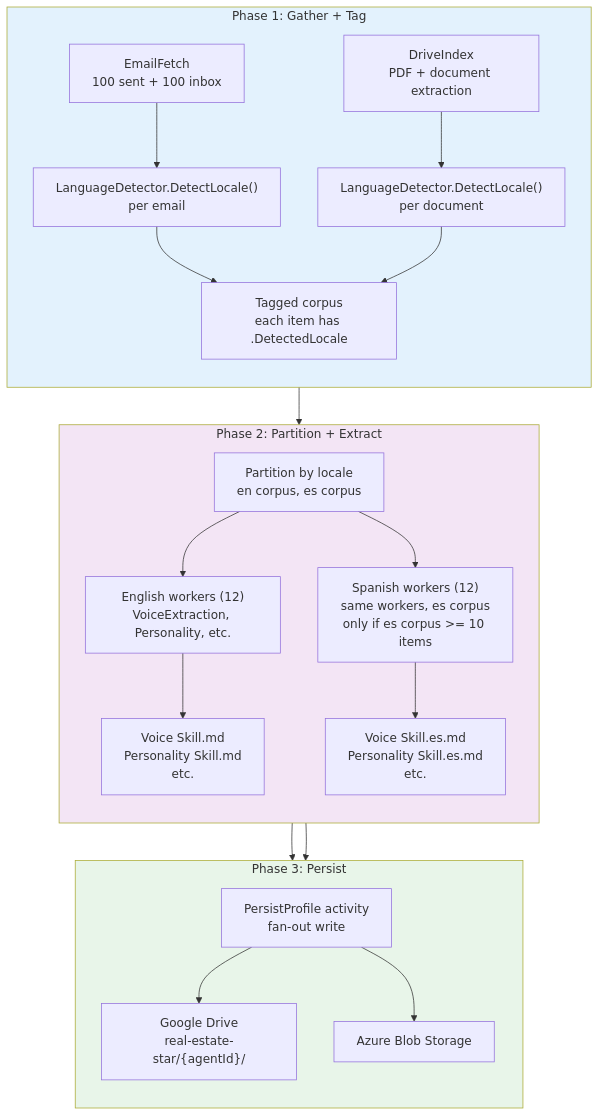
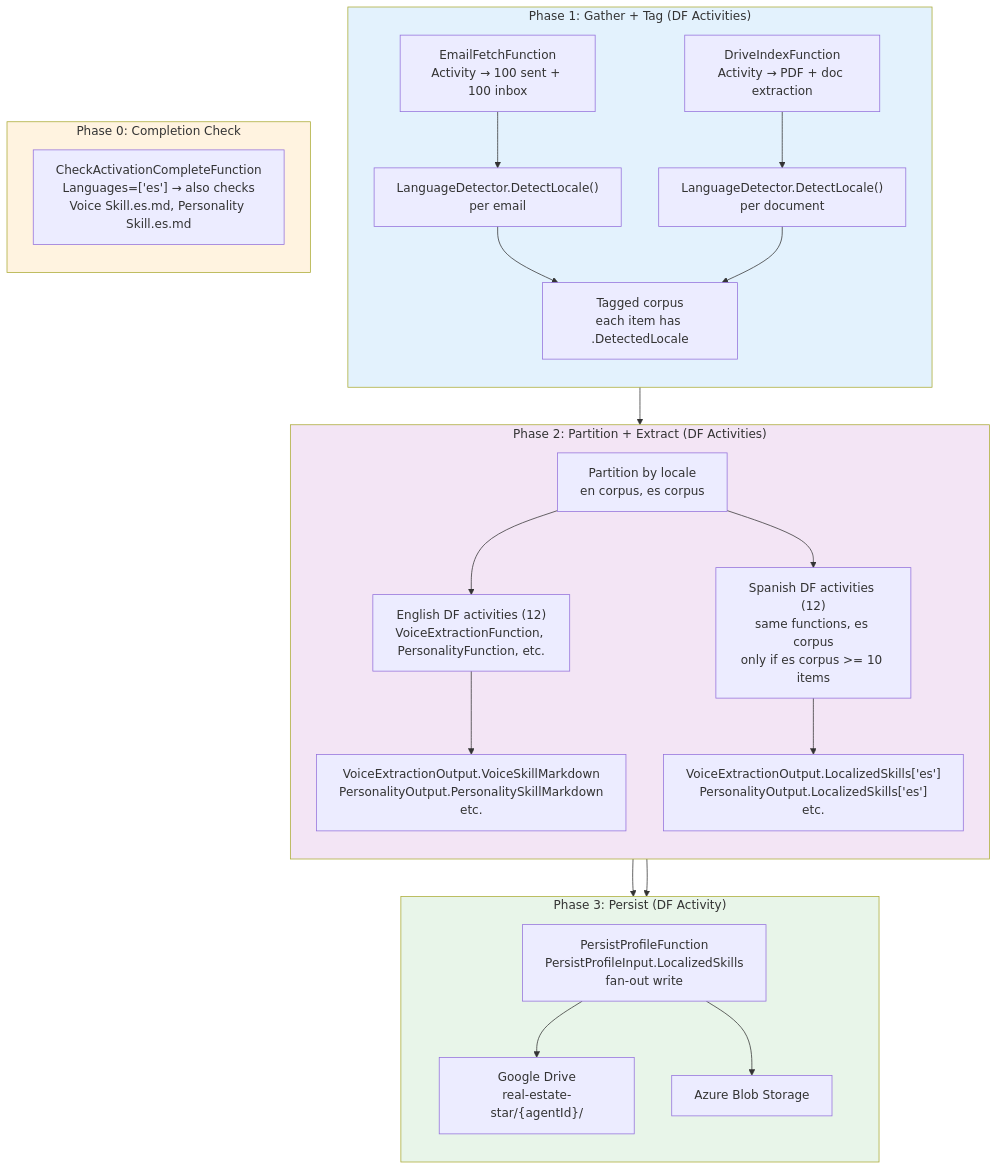
Before and after one commit to edward-rosado/jenisesells-website: the second of 2 diagrams in docs/superpowers/specs/2026-04-02-language-first-class-design.md, drawn with Mermaid. The commit also changed other lines of this file and 6 other files, not shown here.

````diff
--- a/docs/superpowers/specs/2026-04-02-language-first-class-design.md
+++ b/docs/superpowers/specs/2026-04-02-language-first-class-design.md
@@ -73,31 +75,37 @@
 ```mermaid
 flowchart TD
-    subgraph Phase1["Phase 1: Gather + Tag"]
+    subgraph Phase1["Phase 1: Gather + Tag (DF Activities)"]
         direction TB
-        Emails["EmailFetch<br/>100 sent + 100 inbox"] --> Tag1["LanguageDetector.DetectLocale()<br/>per email"]
-        Docs["DriveIndex<br/>PDF + document extraction"] --> Tag2["LanguageDetector.DetectLocale()<br/>per document"]
+        Emails["EmailFetchFunction<br/>Activity → 100 sent + 100 inbox"] --> Tag1["LanguageDetector.DetectLocale()<br/>per email"]
+        Docs["DriveIndexFunction<br/>Activity → PDF + doc extraction"] --> Tag2["LanguageDetector.DetectLocale()<br/>per document"]
         Tag1 --> Tagged["Tagged corpus<br/>each item has .DetectedLocale"]
         Tag2 --> Tagged
     end
 
-    subgraph Phase2["Phase 2: Partition + Extract"]
+    subgraph Phase2["Phase 2: Partition + Extract (DF Activities)"]
         direction TB
         Tagged --> Partition["Partition by locale<br/>en corpus, es corpus"]
-        Partition --> EnWorkers["English workers (12)<br/>VoiceExtraction, Personality, etc."]
-        Partition --> EsWorkers["Spanish workers (12)<br/>same workers, es corpus<br/>only if es corpus >= 10 items"]
-        EnWorkers --> EnSkills["Voice Skill.md<br/>Personality Skill.md<br/>etc."]
-        EsWorkers --> EsSkills["Voice Skill.es.md<br/>Personality Skill.es.md<br/>etc."]
+        Partition --> EnWorkers["English DF activities (12)<br/>VoiceExtractionFunction, PersonalityFunction, etc."]
+        Partition --> EsWorkers["Spanish DF activities (12)<br/>same functions, es corpus<br/>only if es corpus >= 10 items"]
+        EnWorkers --> EnSkills["VoiceExtractionOutput.VoiceSkillMarkdown<br/>PersonalityOutput.PersonalitySkillMarkdown<br/>etc."]
+        EsWorkers --> EsSkills["VoiceExtractionOutput.LocalizedSkills['es']<br/>PersonalityOutput.LocalizedSkills['es']<br/>etc."]
     end
 
-    subgraph Phase3["Phase 3: Persist"]
+    subgraph Phase3["Phase 3: Persist (DF Activity)"]
         direction TB
-        EnSkills --> Persist["PersistProfile activity<br/>fan-out write"]
+        EnSkills --> Persist["PersistProfileFunction<br/>PersistProfileInput.LocalizedSkills<br/>fan-out write"]
         EsSkills --> Persist
         Persist --> Drive["Google Drive<br/>real-estate-star/{agentId}/"]
         Persist --> Blob["Azure Blob Storage"]
     end
 
+    subgraph Phase0["Phase 0: Completion Check"]
+        direction TB
+        Check["CheckActivationCompleteFunction<br/>Languages=['es'] → also checks<br/>Voice Skill.es.md, Personality Skill.es.md"]
+    end
+
     style Phase1 fill:#e3f2fd
     style Phase2 fill:#f3e5f5
     style Phase3 fill:#e8f5e9
+    style Phase0 fill:#fff3e0
 ```
````
